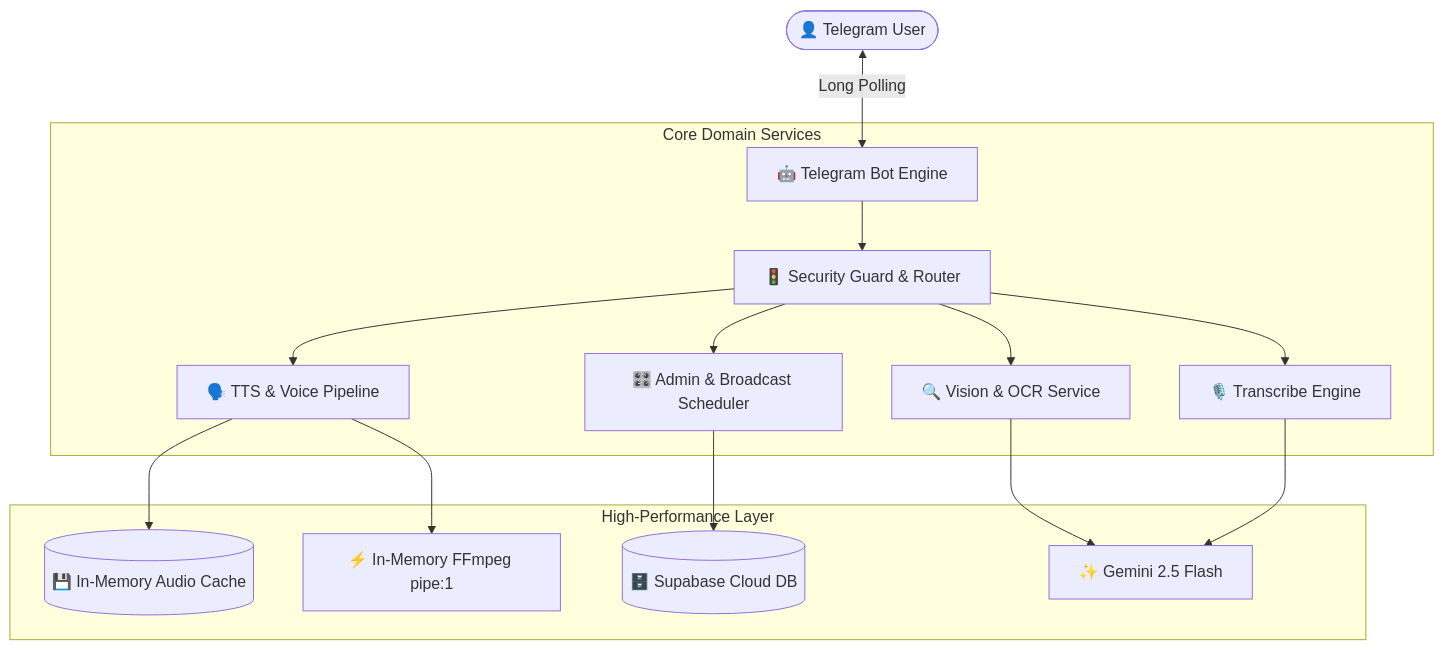
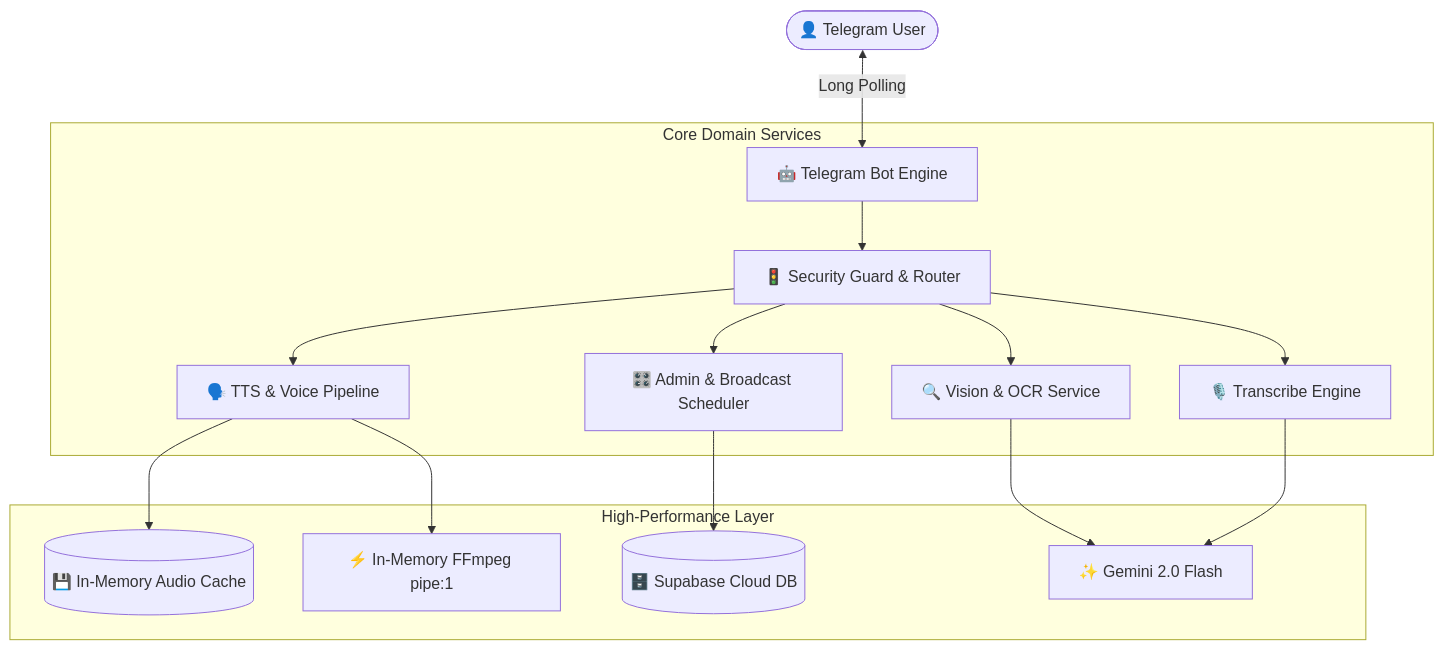
One commit to Heng-zm/bot-voice changed the diagram in README.md. Above: the diagram before and after it, drawn with Mermaid. The commit also changed other lines of this file and 17 other files, not shown here.

````diff
--- a/README.md
+++ b/README.md
@@ -171,20 +171,20 @@
 ```mermaid
 flowchart TD
     User([👤 Telegram User]) <-->|Long Polling| TG[🤖 Telegram Bot Engine]
     
     subgraph "Core Domain Services"
         TG --> Router[🚦 Security Guard & Router]
         Router --> TTS[🗣️ TTS & Voice Pipeline]
         Router --> OCR[🔍 Vision & OCR Service]
         Router --> STT[🎙️ Transcribe Engine]
         Router --> Admin[🎛️ Admin & Broadcast Scheduler]
     end
     
     subgraph "High-Performance Layer"
         TTS --> Cache[(💾 In-Memory Audio Cache)]
         TTS --> FFmpeg[⚡ In-Memory FFmpeg pipe:1]
         Admin --> DB[(🗄️ Supabase Cloud DB)]
-        OCR --> Gemini[✨ Gemini 2.5 Flash]
+        OCR --> Gemini[✨ Gemini 2.0 Flash]
         STT --> Gemini
     end
 ```
````
